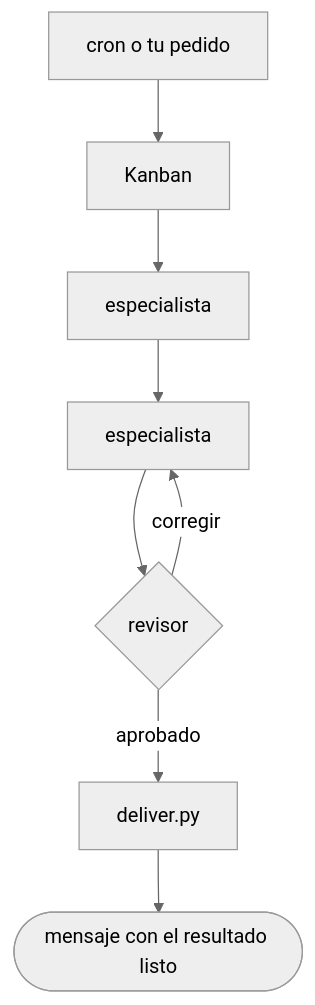
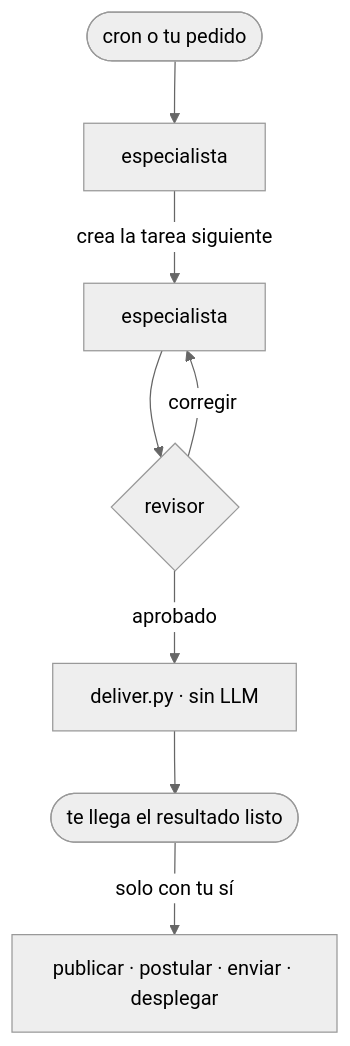
Before and after one commit to PuntoyComaTech/hermes-agent-squads: the second of 2 diagrams in README.es.md, drawn with Mermaid (neutral theme). The commit also changed other lines of this file and 8 other files, not shown here.

````diff
--- a/README.es.md
+++ b/README.es.md
@@ -43,8 +44,10 @@
 ```mermaid
 flowchart TB
-    T["cron o tu pedido"] --> K["Kanban"]
-    K --> S1["especialista"] --> S2["especialista"] --> R{"revisor"}
+    T(["cron o tu pedido"]) --> S1["especialista"]
+    S1 -->|"crea la tarea siguiente"| S2["especialista"]
+    S2 --> R{"revisor"}
     R -->|"corregir"| S2
-    R -->|"aprobado"| D["deliver.py"]
-    D --> Msg(["mensaje con el resultado listo"])
+    R -->|"aprobado"| D["deliver.py · sin LLM"]
+    D --> M(["te llega el resultado listo"])
+    M -->|"solo con tu sí"| X["publicar · postular · enviar · desplegar"]
 ```
````
